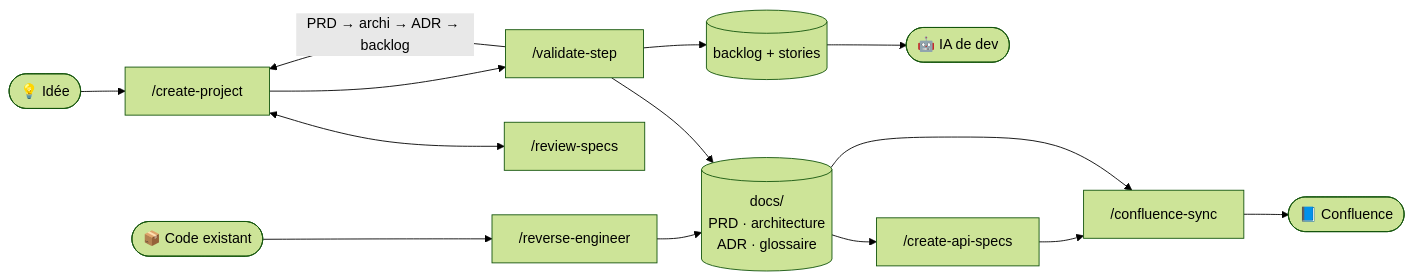
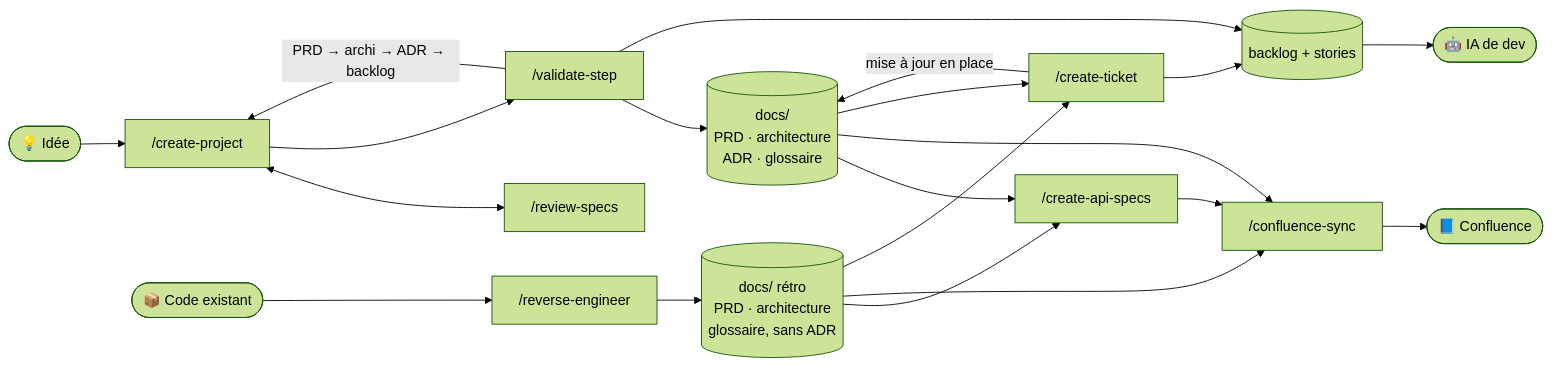
One commit to ouakeds/sohub-plugins-kickoff changed the first of 7 diagrams in README.md. Above: the diagram before and after it, drawn with Mermaid (forest theme). The commit also changed other lines of this file and 12 other files, not shown here.

````diff
--- a/README.md
+++ b/README.md
@@ -38,16 +38,22 @@
 ```mermaid
 flowchart LR
     I([💡 Idée]) --> K["/create-project"]
     C([📦 Code existant]) --> R["/reverse-engineer"]
     K <--> E["/review-specs"]
     K --> V["/validate-step"]
     V -->|PRD → archi → ADR → backlog| K
-    R --> D[(docs/<br/>PRD · architecture<br/>ADR · glossaire)]
-    V --> D
+    R --> DR[(docs/ rétro<br/>PRD · architecture<br/>glossaire, sans ADR)]
+    V --> D[(docs/<br/>PRD · architecture<br/>ADR · glossaire)]
     D --> O["/create-api-specs"]
+    DR --> O
     O --> S["/confluence-sync"]
     D --> S
+    DR --> S
     S --> CF([📘 Confluence])
     V --> B[(backlog + stories)]
+    D --> T["/create-ticket"]
+    DR --> T
+    T -->|mise à jour en place| D
+    T --> B
     B --> DEV([🤖 IA de dev])
 ```
````
